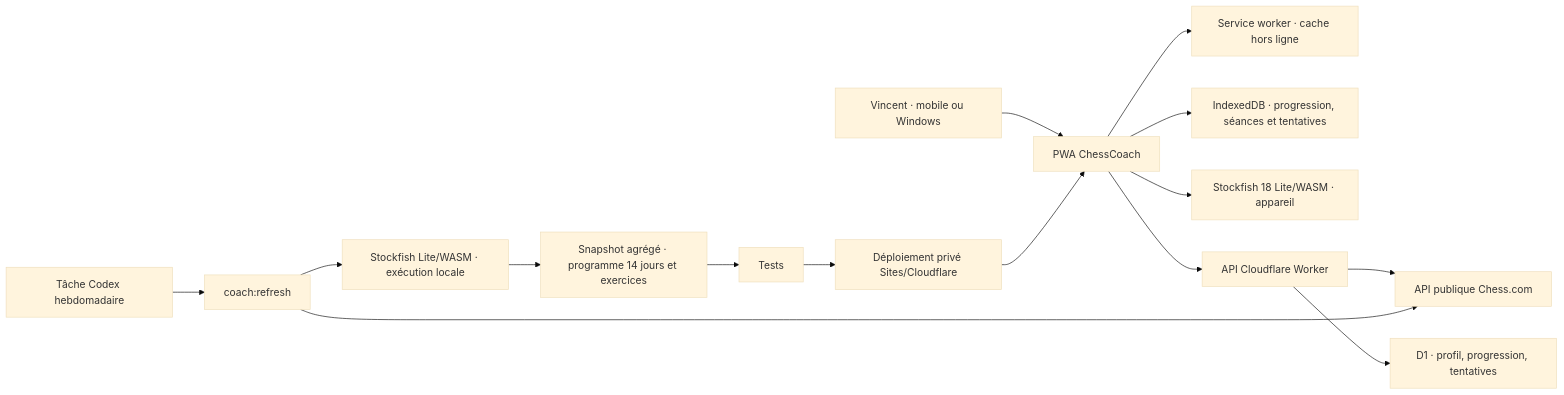
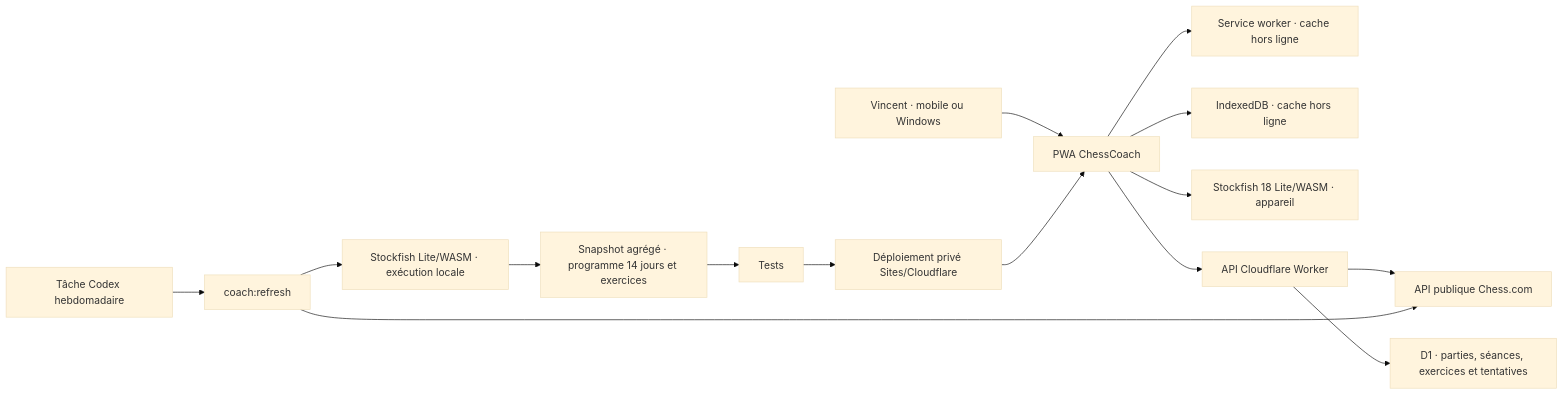
One commit to vincallerol-alt/ChessCoach changed the first of 4 diagrams in docs/ARCHITECTURE.md. Above: the diagram before and after it, drawn with Mermaid (base theme). The commit also changed other lines of this file and 18 other files, not shown here.

````diff
--- a/docs/ARCHITECTURE.md
+++ b/docs/ARCHITECTURE.md
@@ -5,18 +5,18 @@
 ```mermaid
 flowchart LR
     U["Vincent · mobile ou Windows"] --> PWA["PWA ChessCoach"]
     PWA --> SW["Service worker · cache hors ligne"]
-    PWA --> IDB["IndexedDB · progression, séances et tentatives"]
+    PWA --> IDB["IndexedDB · cache hors ligne"]
     PWA --> SF["Stockfish 18 Lite/WASM · appareil"]
     PWA --> API["API Cloudflare Worker"]
-    API --> D1["D1 · profil, progression, tentatives"]
+    API --> D1["D1 · parties, séances, exercices et tentatives"]
     API --> CC["API publique Chess.com"]
 
     CODEX["Tâche Codex hebdomadaire"] --> JOB["coach:refresh"]
     JOB --> CC
     JOB --> SFCLI["Stockfish Lite/WASM · exécution locale"]
     SFCLI --> SNAP["Snapshot agrégé · programme 14 jours et exercices"]
     SNAP --> TEST["Tests"]
     TEST --> DEPLOY["Déploiement privé Sites/Cloudflare"]
     DEPLOY --> PWA
 ```
````
